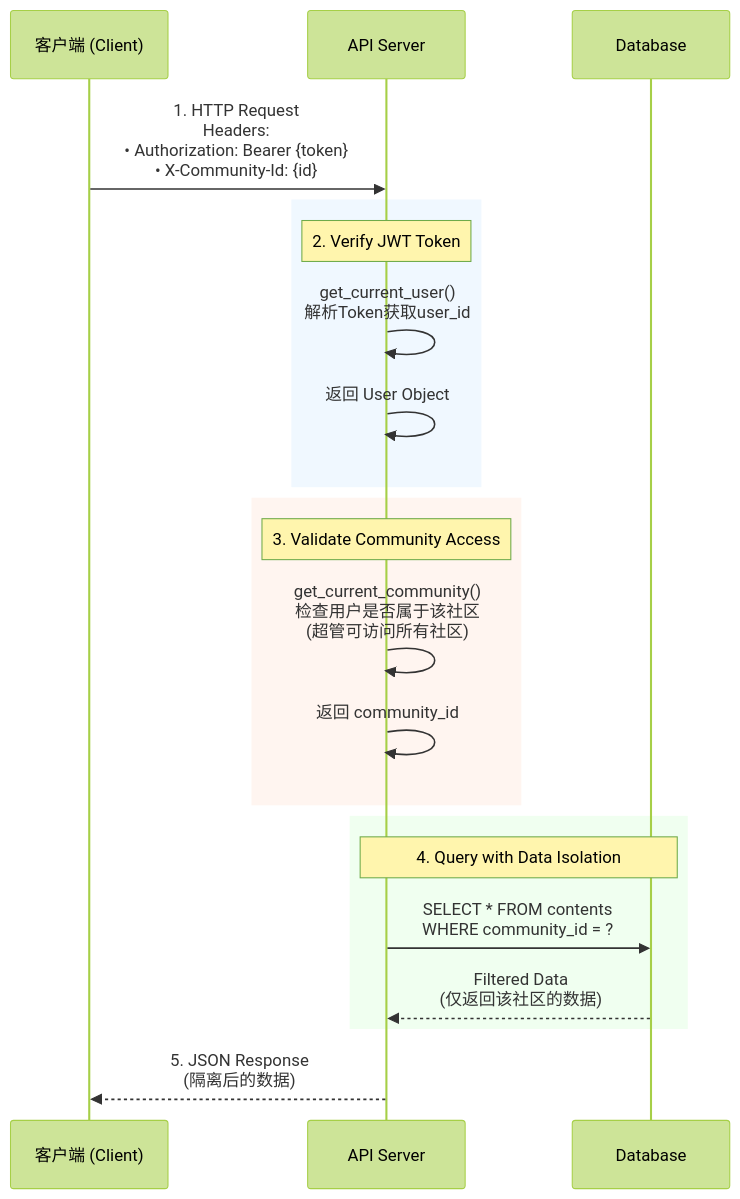
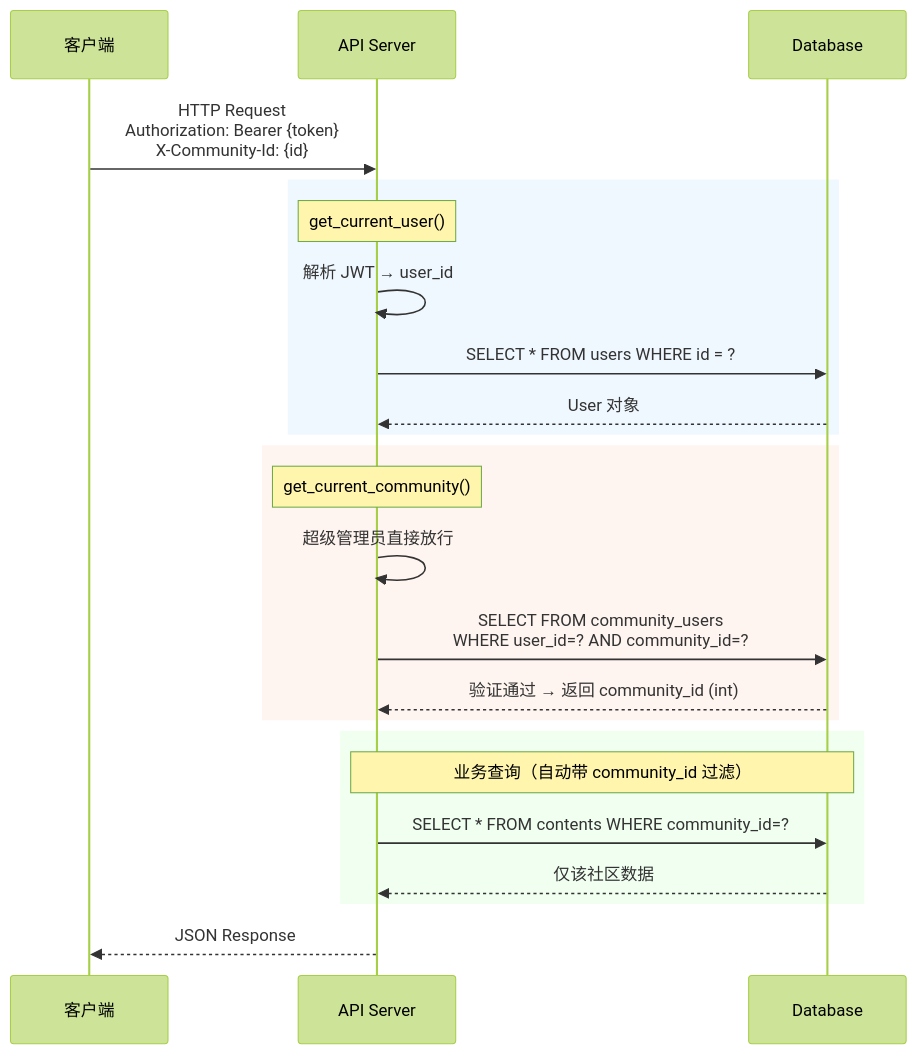
Before and after one commit to ZhengZhenyu/omnicontent: the second of 2 diagrams in docs/design/01-系统架构设计.md, drawn with Mermaid (forest theme). The commit also changed other lines of this file and 15 other files, not shown here.

````diff
--- a/docs/design/01-系统架构设计.md
+++ b/docs/design/01-系统架构设计.md
@@ -176,28 +117,30 @@
 ```mermaid
 sequenceDiagram
-    participant Client as 客户端 (Client)
+    participant Client as 客户端
     participant API as API Server
     participant DB as Database
 
-    Client->>API: 1. HTTP Request<br/>Headers:<br/>• Authorization: Bearer {token}<br/>• X-Community-Id: {id}
+    Client->>API: HTTP Request<br/>Authorization: Bearer {token}<br/>X-Community-Id: {id}
 
     rect rgb(240, 248, 255)
-        Note over API: 2. Verify JWT Token
-        API->>API: get_current_user()<br/>解析Token获取user_id
-        API->>API: 返回 User Object
+        Note over API: get_current_user()
+        API->>API: 解析 JWT → user_id
+        API->>DB: SELECT * FROM users WHERE id = ?
+        DB-->>API: User 对象
     end
 
     rect rgb(255, 245, 240)
-        Note over API: 3. Validate Community Access
-        API->>API: get_current_community()<br/>检查用户是否属于该社区<br/>(超管可访问所有社区)
-        API->>API: 返回 community_id
+        Note over API: get_current_community()
+        API->>API: 超级管理员直接放行
+        API->>DB: SELECT FROM community_users<br/>WHERE user_id=? AND community_id=?
+        DB-->>API: 验证通过 → 返回 community_id (int)
     end
 
     rect rgb(240, 255, 240)
-        Note over API,DB: 4. Query with Data Isolation
-        API->>DB: SELECT * FROM contents<br/>WHERE community_id = ?
-        DB-->>API: Filtered Data<br/>(仅返回该社区的数据)
+        Note over API,DB: 业务查询（自动带 community_id 过滤）
+        API->>DB: SELECT * FROM contents WHERE community_id=?
+        DB-->>API: 仅该社区数据
     end
 
-    API-->>Client: 5. JSON Response<br/>(隔离后的数据)
+    API-->>Client: JSON Response
 ```
````
